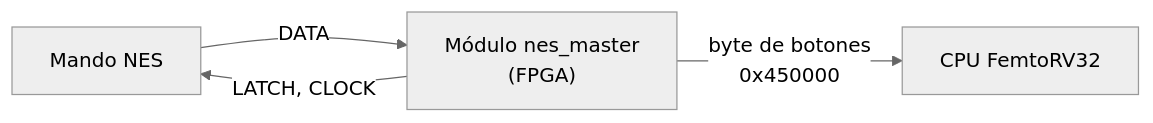
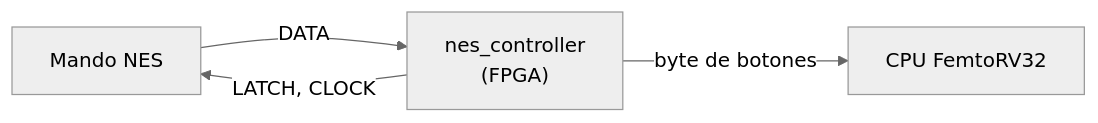
Before and after one commit to KUBIX2026/nes_controller: the diagram in README.md, drawn with Mermaid (neutral theme). The commit also changed other lines of this file, not shown here.

````diff
--- a/README.md
+++ b/README.md
@@ -25,6 +26,6 @@
 ```mermaid
 flowchart LR
-    MANDO["Mando NES"] -- "DATA" --> FPGA["Módulo nes_master<br/>(FPGA)"]
+    MANDO["Mando NES"] -- "DATA" --> FPGA["nes_controller<br/>(FPGA)"]
     FPGA -- "LATCH, CLOCK" --> MANDO
-    FPGA -- "byte de botones<br/>0x450000" --> CPU["CPU FemtoRV32"]
+    FPGA -- "byte de botones" --> CPU["CPU FemtoRV32"]
 ```
````
